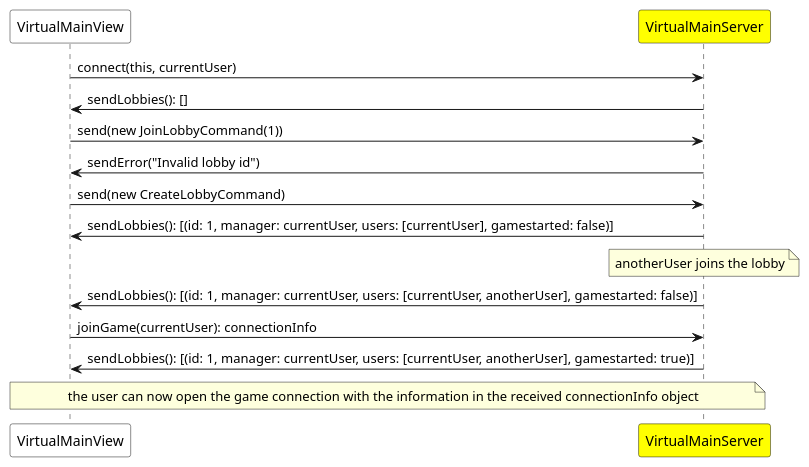
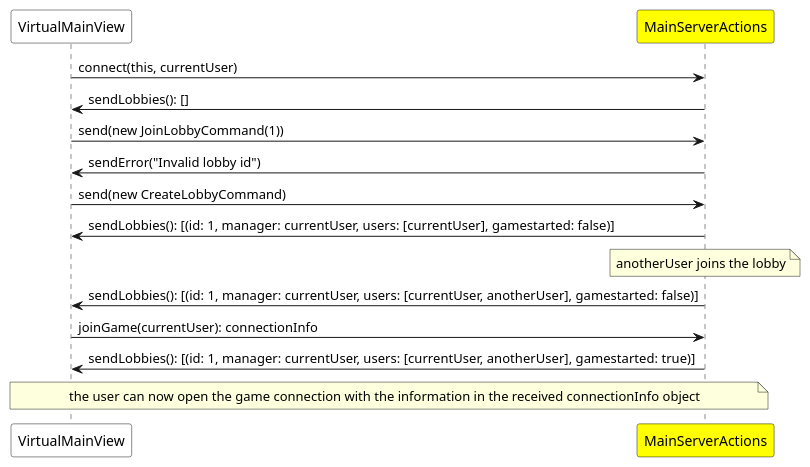
Before and after one commit to andsanv/codex-naturalis: the diagram in docs/UML/PlantUML/sequence_game_creation.puml, drawn with PlantUML. The commit also changed 34 other files, not shown here.

```diff
--- a/docs/UML/PlantUML/sequence_game_creation.puml
+++ b/docs/UML/PlantUML/sequence_game_creation.puml
@@ -1,17 +1,17 @@
 @startuml
 
 participant VirtualMainView #white
-participant VirtualMainServer #yellow
+participant MainServerActions #yellow
 
-VirtualMainView -> VirtualMainServer: connect(this, currentUser)
-VirtualMainServer -> VirtualMainView: sendLobbies(): []
-VirtualMainView -> VirtualMainServer: send(new JoinLobbyCommand(1))
-VirtualMainServer -> VirtualMainView: sendError("Invalid lobby id")
-VirtualMainView -> VirtualMainServer: send(new CreateLobbyCommand)
-VirtualMainServer -> VirtualMainView: sendLobbies(): [(id: 1, manager: currentUser, users: [currentUser], gamestarted: false)]
-note over VirtualMainServer: anotherUser joins the lobby
-VirtualMainServer -> VirtualMainView: sendLobbies(): [(id: 1, manager: currentUser, users: [currentUser, anotherUser], gamestarted: false)]
-VirtualMainView -> VirtualMainServer: joinGame(currentUser): connectionInfo
-VirtualMainServer -> VirtualMainView: sendLobbies(): [(id: 1, manager: currentUser, users: [currentUser, anotherUser], gamestarted: true)]
+VirtualMainView -> MainServerActions: connect(this, currentUser)
+MainServerActions -> VirtualMainView: sendLobbies(): []
+VirtualMainView -> MainServerActions: send(new JoinLobbyCommand(1))
+MainServerActions -> VirtualMainView: sendError("Invalid lobby id")
+VirtualMainView -> MainServerActions: send(new CreateLobbyCommand)
+MainServerActions -> VirtualMainView: sendLobbies(): [(id: 1, manager: currentUser, users: [currentUser], gamestarted: false)]
+note over MainServerActions: anotherUser joins the lobby
+MainServerActions -> VirtualMainView: sendLobbies(): [(id: 1, manager: currentUser, users: [currentUser, anotherUser], gamestarted: false)]
+VirtualMainView -> MainServerActions: joinGame(currentUser): connectionInfo
+MainServerActions -> VirtualMainView: sendLobbies(): [(id: 1, manager: currentUser, users: [currentUser, anotherUser], gamestarted: true)]
 note across: the user can now open the game connection with the information in the received connectionInfo object
 @enduml
```
